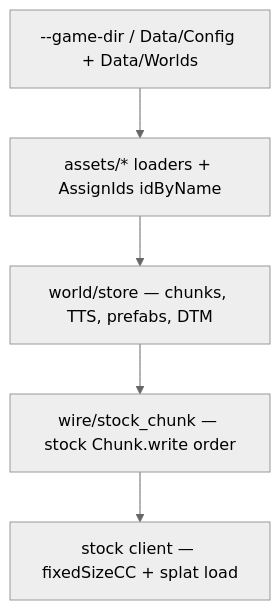
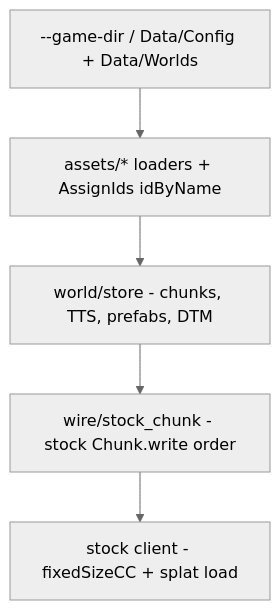
One commit to hordeforge/zdtd-server changed the diagram in docs/MAPS.md. Above: the diagram before and after it, drawn with Mermaid (neutral theme). The commit also changed 118 other files, not shown here.

````diff
--- a/docs/MAPS.md
+++ b/docs/MAPS.md
@@ -21,7 +21,7 @@
 ```mermaid
 flowchart TB
     GAME_DIR["--game-dir / Data/Config + Data/Worlds"] --> ASSETS_MAP["assets/* loaders + AssignIds idByName"]
-    ASSETS_MAP --> WORLD_STORE["world/store — chunks, TTS, prefabs, DTM"]
-    WORLD_STORE --> WIRE_CHUNK["wire/stock_chunk — stock Chunk.write order"]
-    WIRE_CHUNK --> CLIENT["stock client — fixedSizeCC + splat load"]
+    ASSETS_MAP --> WORLD_STORE["world/store - chunks, TTS, prefabs, DTM"]
+    WORLD_STORE --> WIRE_CHUNK["wire/stock_chunk - stock Chunk.write order"]
+    WIRE_CHUNK --> CLIENT["stock client - fixedSizeCC + splat load"]
 ```
````
